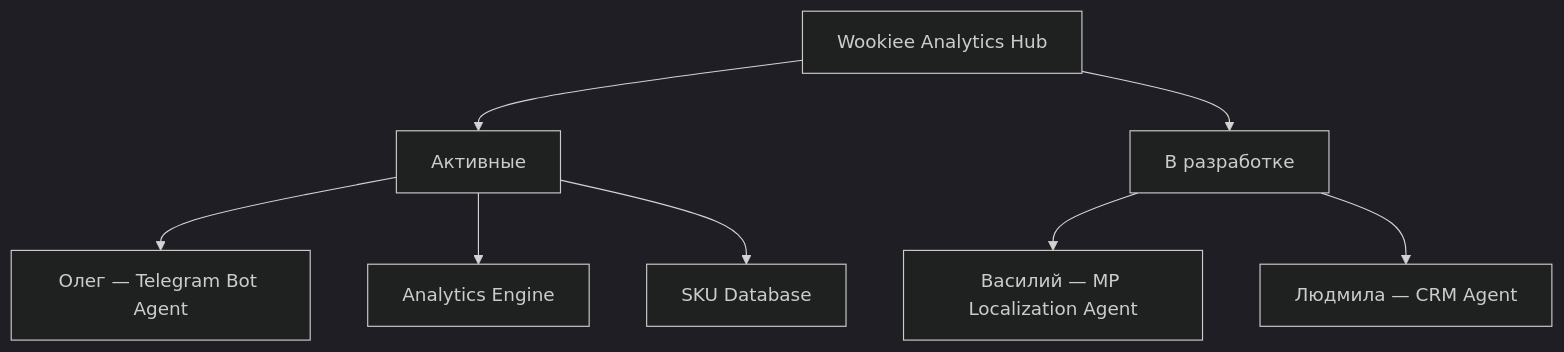
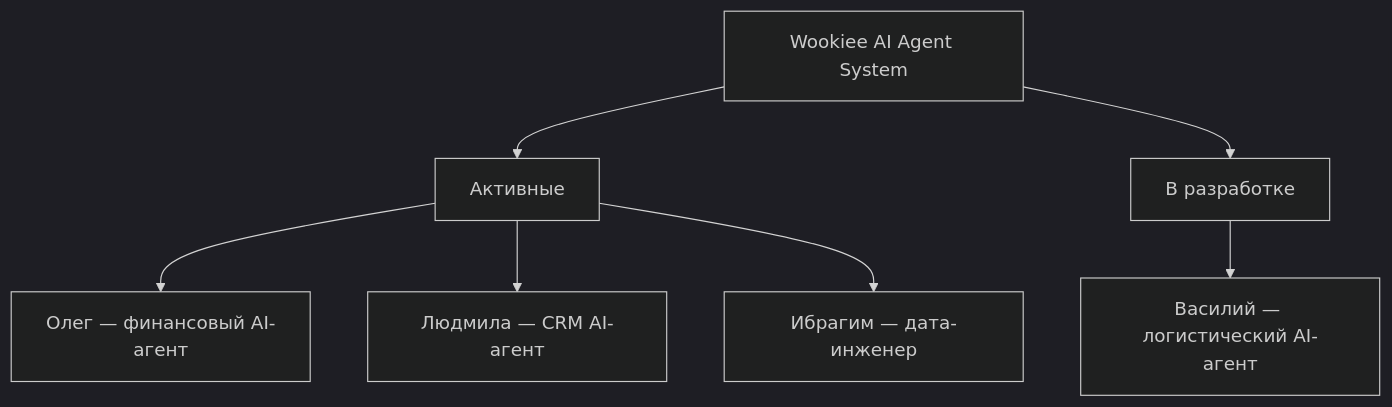
One commit to danila-matveev/Wookiee changed the second of 2 diagrams in README.md. Above: the diagram before and after it, drawn with Mermaid (dark theme). The commit also changed other lines of this file and 39 other files, not shown here.

````diff
--- a/README.md
+++ b/README.md
@@ -41,13 +58,12 @@
 ```mermaid
 graph TB
-    HUB[Wookiee Analytics Hub]
+    HUB[Wookiee AI Agent System]
     HUB --> ACTIVE[Активные]
     HUB --> DEV[В разработке]
 
-    ACTIVE --> A1[Олег — Telegram Bot Agent]
-    ACTIVE --> A2[Analytics Engine]
-    ACTIVE --> A3[SKU Database]
+    ACTIVE --> A1["Олег — финансовый AI-агент"]
+    ACTIVE --> A2["Людмила — CRM AI-агент"]
+    ACTIVE --> A3["Ибрагим — дата-инженер"]
 
-    DEV --> D1[Василий — MP Localization Agent]
-    DEV --> D2[Людмила — CRM Agent]
+    DEV --> D1["Василий — логистический AI-агент"]
 ```
````
